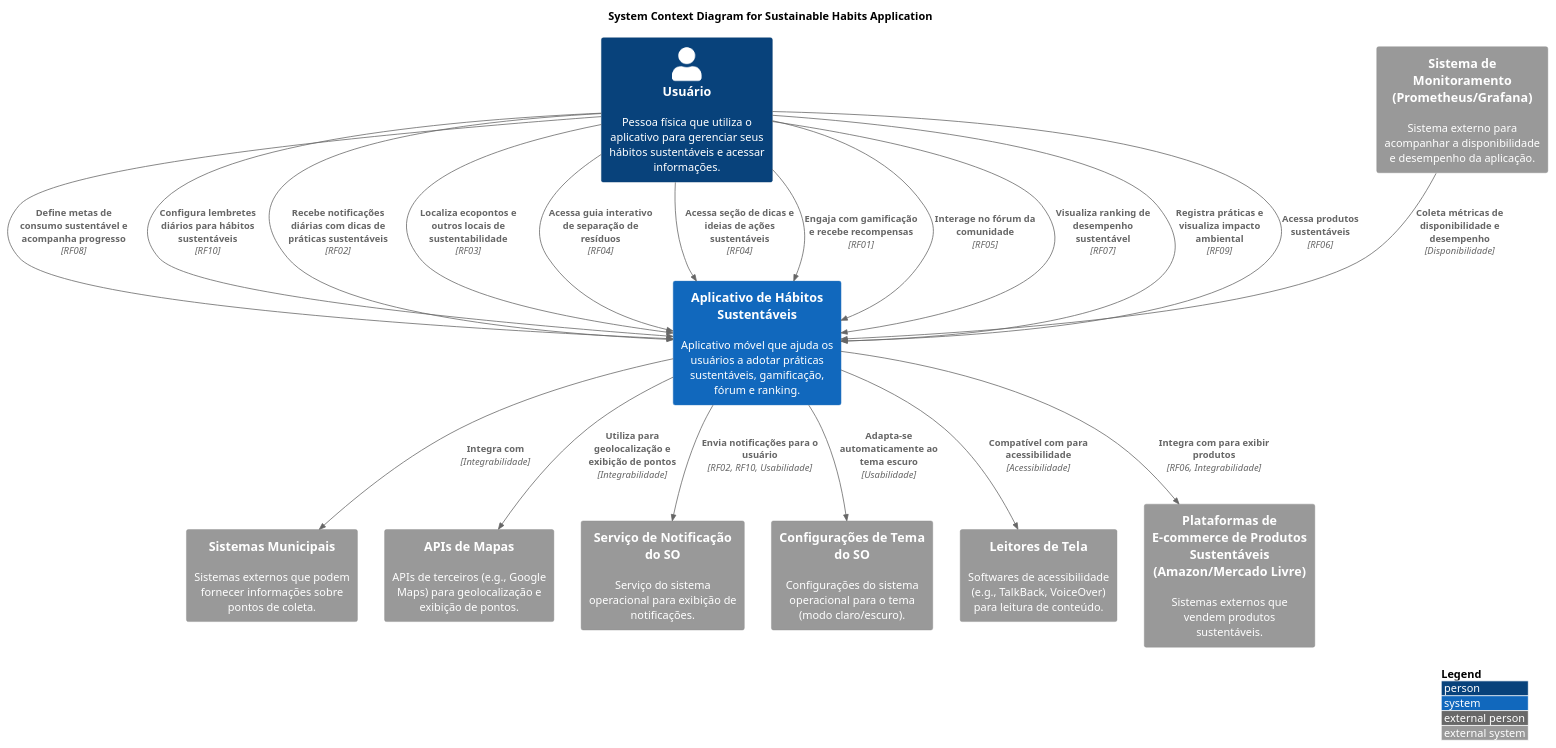
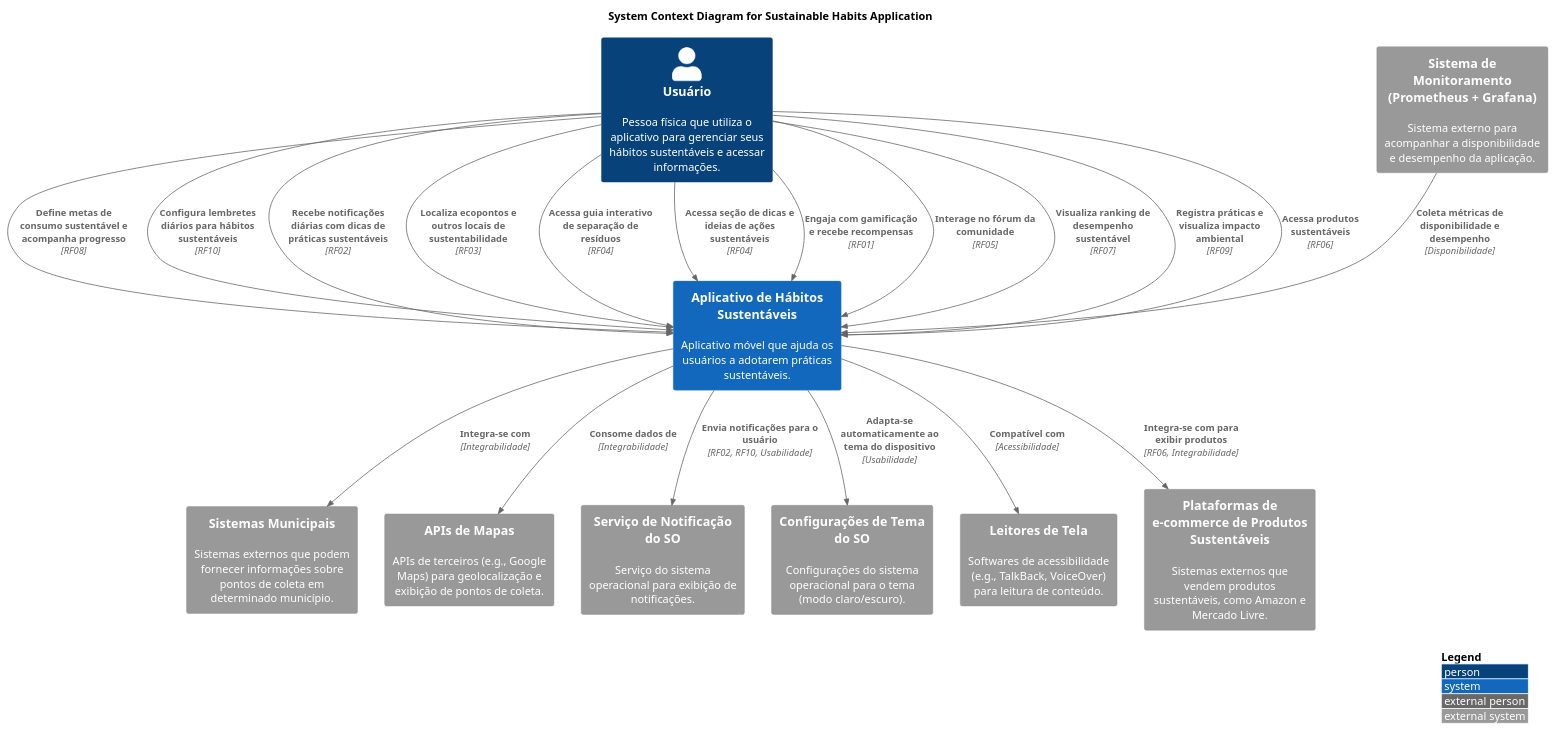
One commit to gilmarUFG/as_es_20251_g9 changed the diagram in trabalho_final/diagramas/codigo/4C_diagrama_contexto.puml. Above: the diagram before and after it, drawn with PlantUML. The commit also changed 5 other files, not shown here.

```diff
--- a/trabalho_final/diagramas/codigo/4C_diagrama_contexto.puml
+++ b/trabalho_final/diagramas/codigo/4C_diagrama_contexto.puml
@@ -1,41 +1,42 @@
-@startuml
+@startuml context
+
 !include https://raw.githubusercontent.com/plantuml-stdlib/C4-PlantUML/master/C4_Context.puml
 
 LAYOUT_WITH_LEGEND()
 
 title System Context Diagram for Sustainable Habits Application
 
 Person(user, "Usuário", "Pessoa física que utiliza o aplicativo para gerenciar seus hábitos sustentáveis e acessar informações.")
 
-System(sustainable_app, "Aplicativo de Hábitos Sustentáveis", "Aplicativo móvel que ajuda os usuários a adotar práticas sustentáveis, gamificação, fórum e ranking.")
+System(sustainable_app, "Aplicativo de Hábitos Sustentáveis", "Aplicativo móvel que ajuda os usuários a adotarem práticas sustentáveis.")
 
-System_Ext(municipal_systems, "Sistemas Municipais", "Sistemas externos que podem fornecer informações sobre pontos de coleta.")
-System_Ext(map_apis, "APIs de Mapas", "APIs de terceiros (e.g., Google Maps) para geolocalização e exibição de pontos.")
+System_Ext(municipal_systems, "Sistemas Municipais", "Sistemas externos que podem fornecer informações sobre pontos de coleta em determinado município.")
+System_Ext(map_apis, "APIs de Mapas", "APIs de terceiros (e.g., Google Maps) para geolocalização e exibição de pontos de coleta.")
 System_Ext(os_notification_service, "Serviço de Notificação do SO", "Serviço do sistema operacional para exibição de notificações.")
 System_Ext(os_theme_settings, "Configurações de Tema do SO", "Configurações do sistema operacional para o tema (modo claro/escuro).")
 System_Ext(screen_readers, "Leitores de Tela", "Softwares de acessibilidade (e.g., TalkBack, VoiceOver) para leitura de conteúdo.")
-System_Ext(monitoring_system, "Sistema de Monitoramento (Prometheus/Grafana)", "Sistema externo para acompanhar a disponibilidade e desempenho da aplicação.")
-System_Ext(ecommerce_platforms, "Plataformas de E-commerce de Produtos Sustentáveis (Amazon/Mercado Livre)", "Sistemas externos que vendem produtos sustentáveis.")
+System_Ext(monitoring_system, "Sistema de Monitoramento (Prometheus + Grafana)", "Sistema externo para acompanhar a disponibilidade e desempenho da aplicação.")
+System_Ext(ecommerce_platforms, "Plataformas de e-commerce de Produtos Sustentáveis", "Sistemas externos que vendem produtos sustentáveis, como Amazon e Mercado Livre.")
 
 Rel(user, sustainable_app, "Define metas de consumo sustentável e acompanha progresso", "RF08")
 Rel(user, sustainable_app, "Configura lembretes diários para hábitos sustentáveis", "RF10")
 Rel(user, sustainable_app, "Recebe notificações diárias com dicas de práticas sustentáveis", "RF02")
 Rel(user, sustainable_app, "Localiza ecopontos e outros locais de sustentabilidade", "RF03")
 Rel(user, sustainable_app, "Acessa guia interativo de separação de resíduos", "RF04")
 Rel(user, sustainable_app, "Acessa seção de dicas e ideias de ações sustentáveis", "RF04")
 Rel(user, sustainable_app, "Engaja com gamificação e recebe recompensas", "RF01")
 Rel(user, sustainable_app, "Interage no fórum da comunidade", "RF05")
 Rel(user, sustainable_app, "Visualiza ranking de desempenho sustentável", "RF07")
 Rel(user, sustainable_app, "Registra práticas e visualiza impacto ambiental", "RF09")
 Rel(user, sustainable_app, "Acessa produtos sustentáveis", "RF06")
 
 
-Rel(sustainable_app, municipal_systems, "Integra com", "Integrabilidade")
-Rel(sustainable_app, map_apis, "Utiliza para geolocalização e exibição de pontos", "Integrabilidade")
+Rel(sustainable_app, municipal_systems, "Integra-se com", "Integrabilidade")
+Rel(sustainable_app, map_apis, "Consome dados de", "Integrabilidade")
 Rel(sustainable_app, os_notification_service, "Envia notificações para o usuário", "RF02, RF10, Usabilidade")
-Rel(sustainable_app, os_theme_settings, "Adapta-se automaticamente ao tema escuro", "Usabilidade")
-Rel(sustainable_app, screen_readers, "Compatível com para acessibilidade", "Acessibilidade")
+Rel(sustainable_app, os_theme_settings, "Adapta-se automaticamente ao tema do dispositivo", "Usabilidade")
+Rel(sustainable_app, screen_readers, "Compatível com", "Acessibilidade")
 Rel(monitoring_system, sustainable_app, "Coleta métricas de disponibilidade e desempenho", "Disponibilidade")
-Rel(sustainable_app, ecommerce_platforms, "Integra com para exibir produtos", "RF06, Integrabilidade")
+Rel(sustainable_app, ecommerce_platforms, "Integra-se com para exibir produtos", "RF06, Integrabilidade")
 
 @enduml
```
